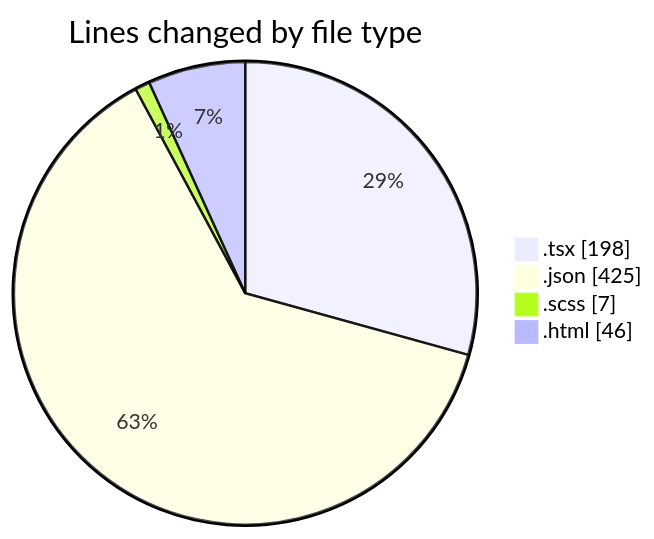
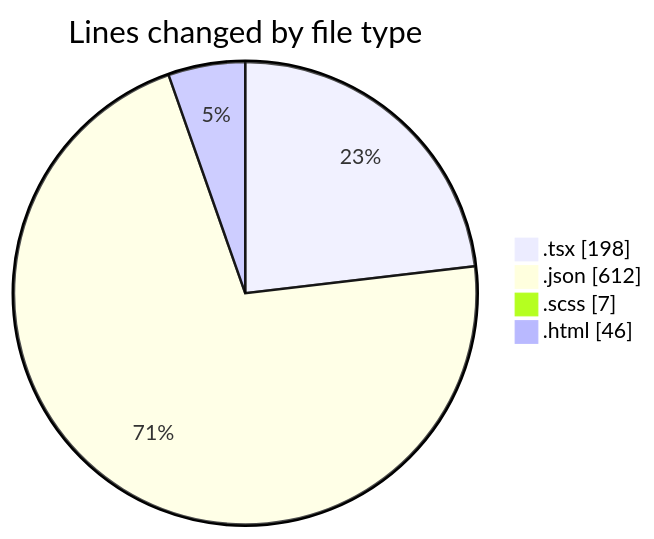
One commit to momahboobian/code-tracking changed the first of 2 diagrams in 2026-04-14/cda/README.md. Above: the diagram before and after it, drawn with Mermaid. The commit also changed other lines of this file and 1 other file, not shown here.

````diff
--- a/2026-04-14/cda/README.md
+++ b/2026-04-14/cda/README.md
@@ -30,8 +30,8 @@
 ```mermaid
 pie showData
 title Lines changed by file type
 ".tsx" : 198
-".json" : 425
+".json" : 612
 ".scss" : 7
 ".html" : 46
 ```
````
